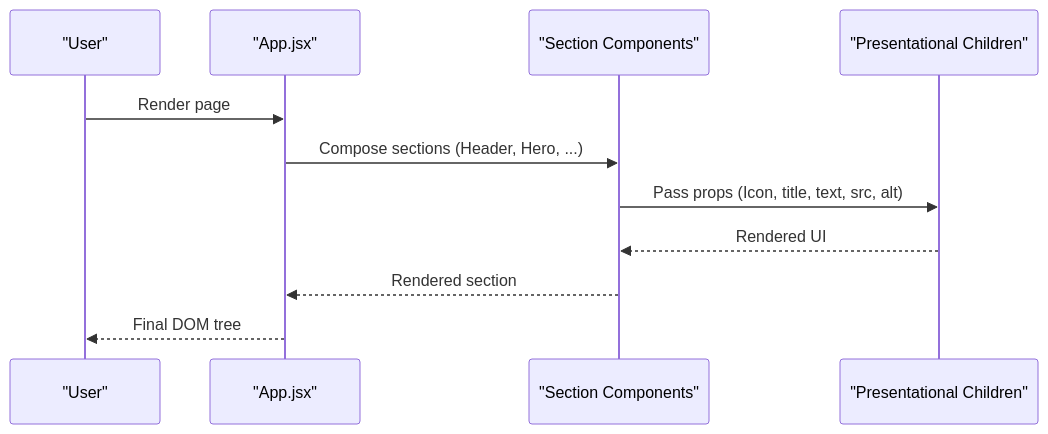
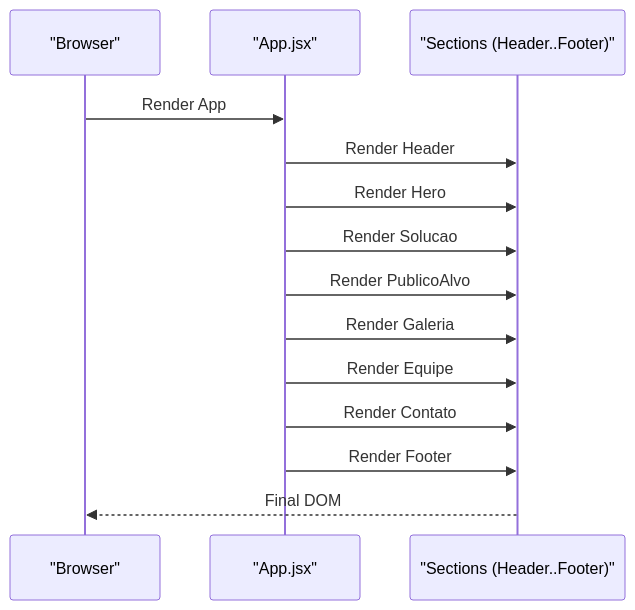
One commit to isadorabassoasseiro-boop/OptiCode changed the third of 12 diagrams in .qoder/repowiki/en/content/Component Architecture/Component Architecture.md. Above: the diagram before and after it, drawn with Mermaid. The commit also changed other lines of this file and 35 other files, not shown here.

````diff
--- a/.qoder/repowiki/en/content/Component Architecture/Component Architecture.md
+++ b/.qoder/repowiki/en/content/Component Architecture/Component Architecture.md
@@ -123,13 +169,16 @@
 ```mermaid
 sequenceDiagram
-participant User as "User"
+participant Browser as "Browser"
 participant App as "App.jsx"
-participant Section as "Section Components"
-participant Child as "Presentational Children"
-User->>App : Render page
-App->>Section : Compose sections (Header, Hero, ...)
-Section->>Child : Pass props (Icon, title, text, src, alt)
-Child-->>Section : Rendered UI
-Section-->>App : Rendered section
-App-->>User : Final DOM tree
+participant Sections as "Sections (Header..Footer)"
+Browser->>App : Render App
+App->>Sections : Render Header
+App->>Sections : Render Hero
+App->>Sections : Render Solucao
+App->>Sections : Render PublicoAlvo
+App->>Sections : Render Galeria
+App->>Sections : Render Equipe
+App->>Sections : Render Contato
+App->>Sections : Render Footer
+Sections-->>Browser : Final DOM
 ```
````
